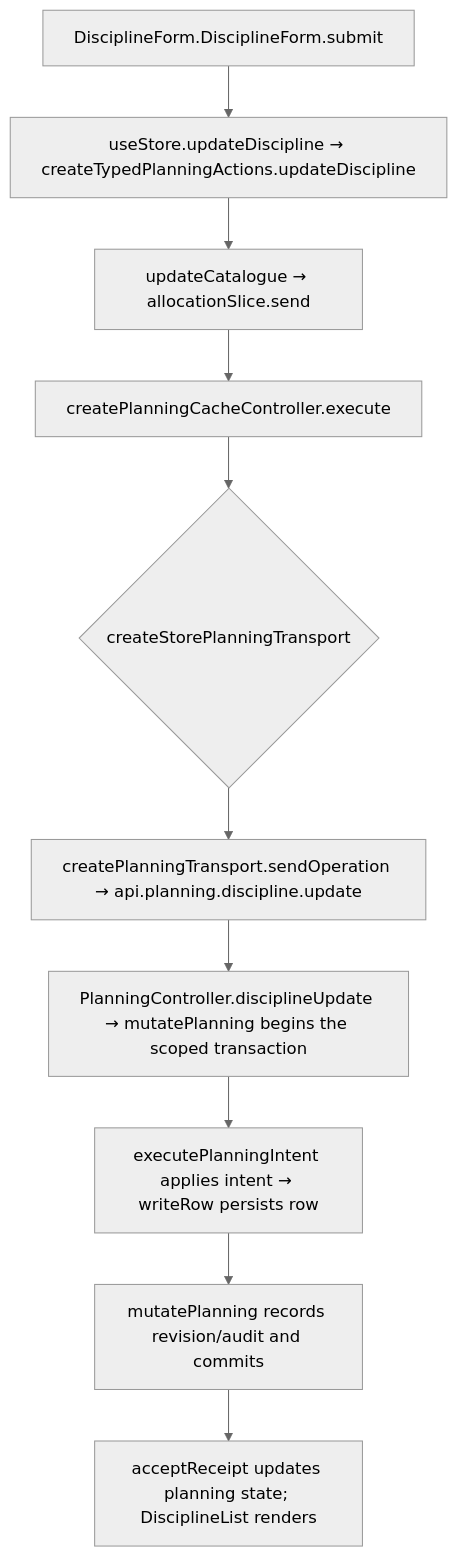
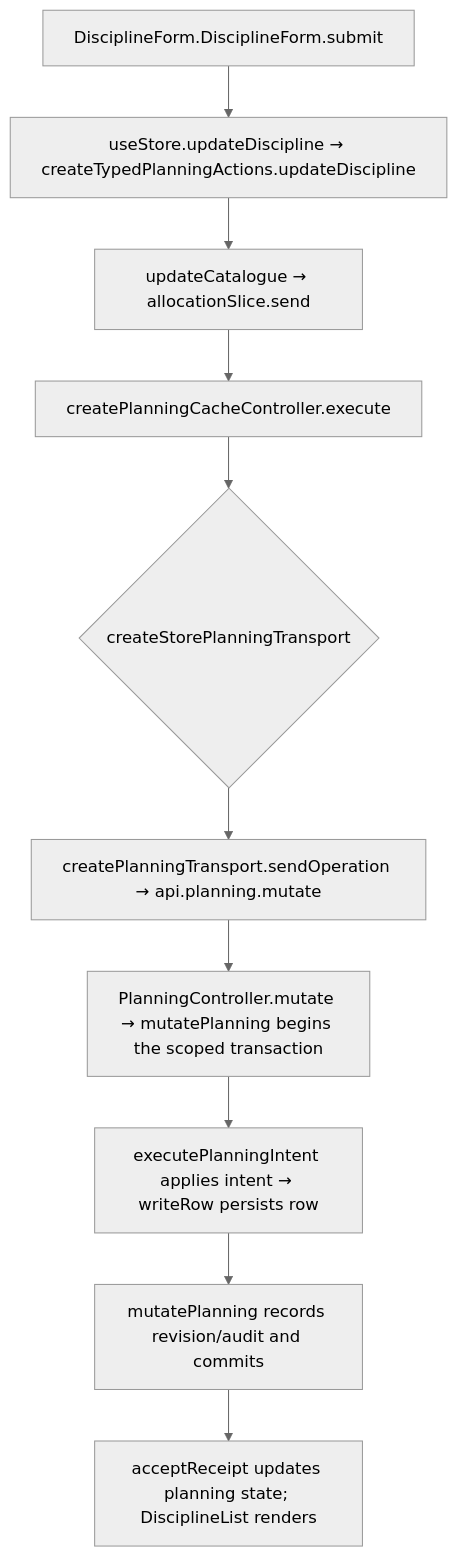
Before and after one commit to Kevinjohn/capacitylens: the second of 2 diagrams in user-stories/disciplines/US-DIS-02-edit-discipline.md, drawn with Mermaid (neutral theme). The commit also changed 115 other files, not shown here.

````diff
--- a/user-stories/disciplines/US-DIS-02-edit-discipline.md
+++ b/user-stories/disciplines/US-DIS-02-edit-discipline.md
@@ -34,8 +34,8 @@
 ```mermaid
 flowchart TD
   A["DisciplineForm.DisciplineForm.submit"] --> B["useStore.updateDiscipline → createTypedPlanningActions.updateDiscipline"]
   B --> C["updateCatalogue → allocationSlice.send"]
   C --> D["createPlanningCacheController.execute"] --> E{"createStorePlanningTransport"}
-  E --> F["createPlanningTransport.sendOperation → api.planning.discipline.update"] --> G["PlanningController.disciplineUpdate → mutatePlanning begins the scoped transaction"]
+  E --> F["createPlanningTransport.sendOperation → api.planning.mutate"] --> G["PlanningController.mutate → mutatePlanning begins the scoped transaction"]
   G --> H["executePlanningIntent applies intent → writeRow persists row"] --> K["mutatePlanning records revision/audit and commits"] --> J["acceptReceipt updates planning state; DisciplineList renders"]
 ```
````
